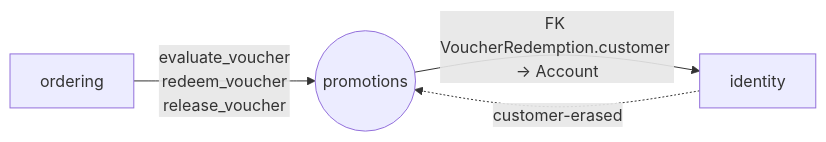
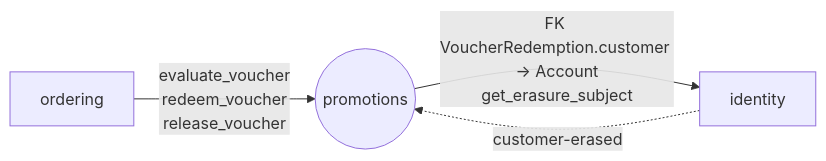
One commit to LuongCongThanh/fashion-store-backend changed the diagram in docs/architecture/modules/promotions.md. Above: the diagram before and after it, drawn with Mermaid. The commit also changed other lines of this file and 15 other files, not shown here.

````diff
--- a/docs/architecture/modules/promotions.md
+++ b/docs/architecture/modules/promotions.md
@@ -28,6 +28,6 @@
 ```mermaid
 graph LR
     ordering -->|"evaluate_voucher<br/>redeem_voucher<br/>release_voucher"| promotions((promotions))
-    promotions -->|"FK VoucherRedemption.customer → Account"| identity
+    promotions -->|"FK VoucherRedemption.customer → Account<br/>get_erasure_subject"| identity
     identity -.->|"customer-erased"| promotions
 ```
````
